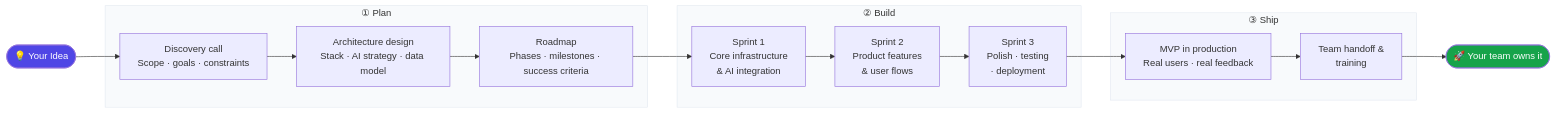
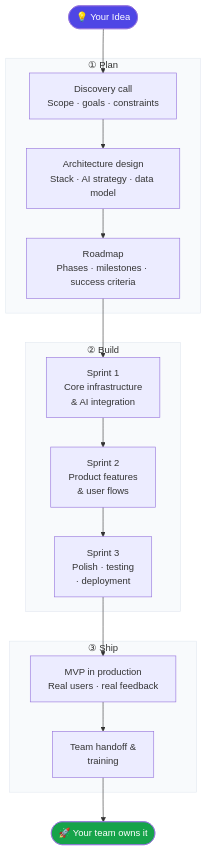
One commit to thriv-es/.github changed the diagram in README.md. Above: the diagram before and after it, drawn with Mermaid. The commit also changed other lines of this file, not shown here.

Commit message:
Fix flowchart direction and HTML formatting
Updated flowchart direction and fixed HTML tags in README.

````diff
--- a/README.md
+++ b/README.md
@@ -28,29 +28,29 @@
 ```mermaid
-flowchart LR
+flowchart TD
     A([💡 Your Idea]) --> B
 
     subgraph PLAN ["① Plan"]
         B[Discovery call\nScope · goals · constraints]
         B --> C[Architecture design\nStack · AI strategy · data model]
         C --> D[Roadmap\nPhases · milestones · success criteria]
     end
 
     subgraph BUILD ["② Build"]
         D --> E[Sprint 1\nCore infrastructure\n& AI integration]
         E --> F[Sprint 2\nProduct features\n& user flows]
         F --> G[Sprint 3\nPolish · testing\n· deployment]
     end
 
     subgraph SHIP ["③ Ship"]
         G --> H[MVP in production\nReal users · real feedback]
         H --> I[Team handoff &\ntraining]
     end
 
     I --> J([🚀 Your team owns it])
 
     style A fill:#4f46e5,color:#fff
     style J fill:#16a34a,color:#fff
     style PLAN fill:#f8fafc,stroke:#e2e8f0
     style BUILD fill:#f8fafc,stroke:#e2e8f0
     style SHIP fill:#f8fafc,stroke:#e2e8f0
 ```
````
